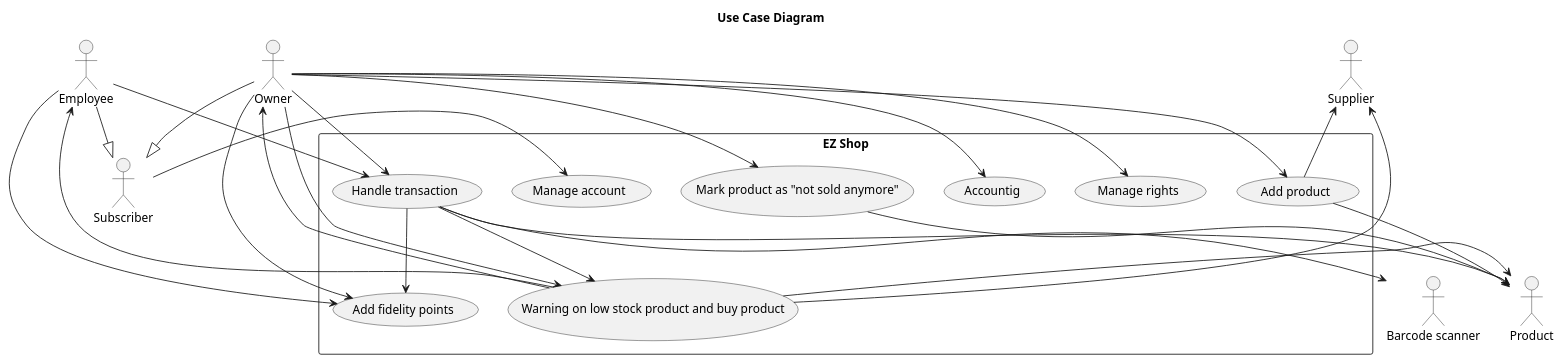
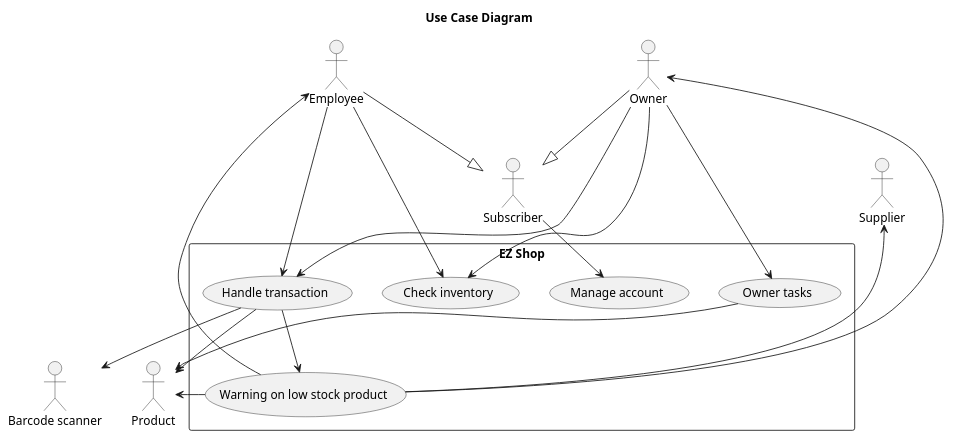
One commit to nicolabattaglino/ezshop changed the second of 7 diagrams in Deliverables/RequirementsDocument.md. Above: the diagram before and after it, drawn with PlantUML. The commit also changed other lines of this file, not shown here.

Commit message:
change use case diagram

````diff
--- a/Deliverables/RequirementsDocument.md
+++ b/Deliverables/RequirementsDocument.md
@@ -204,47 +204,40 @@
 ```plantuml
 @startuml
 
 title Use Case Diagram
 rectangle "EZ Shop" as EZShop{
-"Warning on low stock product and buy product" as (warning)
+"Warning on low stock product" as (warning)
 "Handle transaction" as (handleTransaction)
-"Mark product as "not sold anymore"" as (notSold)
-"Add fidelity points" as (addPoints)
+
+"Check inventory" as (checkInventory)
 "Manage account" as (manageAccount)
-"Accountig" as (accounting)
-"Add product" as (addProduct)
-"Manage rights" as (manageRights)
+"Owner tasks" as (ownerTasks)
+
+
 }
 
 "Owner" as owner
 "Employee" as employee
 "Subscriber" as subscriber
 "Supplier" as supplier
 "Product" as product
 "Barcode scanner" as bcScanner
-
-(handleTransaction) -->(addPoints)
+owner-->(checkInventory)
+employee -->(checkInventory)
+owner --> (ownerTasks)
 (handleTransaction)->product
 (handleTransaction) --> bcScanner
 owner<---(warning)
 employee<---(warning)
 supplier<---(warning)
 (warning)->product
-(notSold)->product
-(addProduct) ->product
-supplier<--(addProduct) 
+(ownerTasks)->product
 owner-->(handleTransaction)
-owner-->(addProduct)
-owner-->(notSold)
-owner-->(addPoints)
-owner-->(manageRights)
-owner-->(accounting)
-owner-->(warning)
+
 owner--|> subscriber
 employee --|>subscriber
 subscriber -->(manageAccount)
 employee-->(handleTransaction)
-employee-->(addPoints)
 (handleTransaction) --> (warning)
 @enduml
 ```
````
